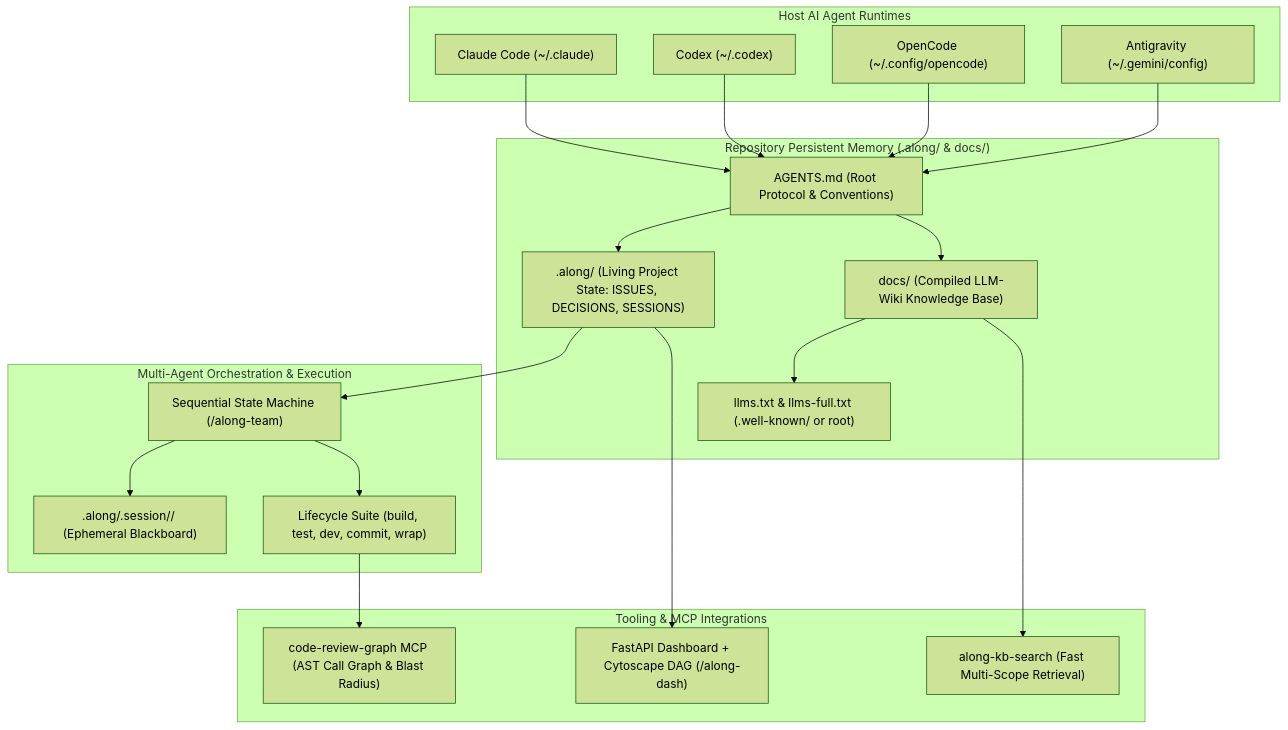
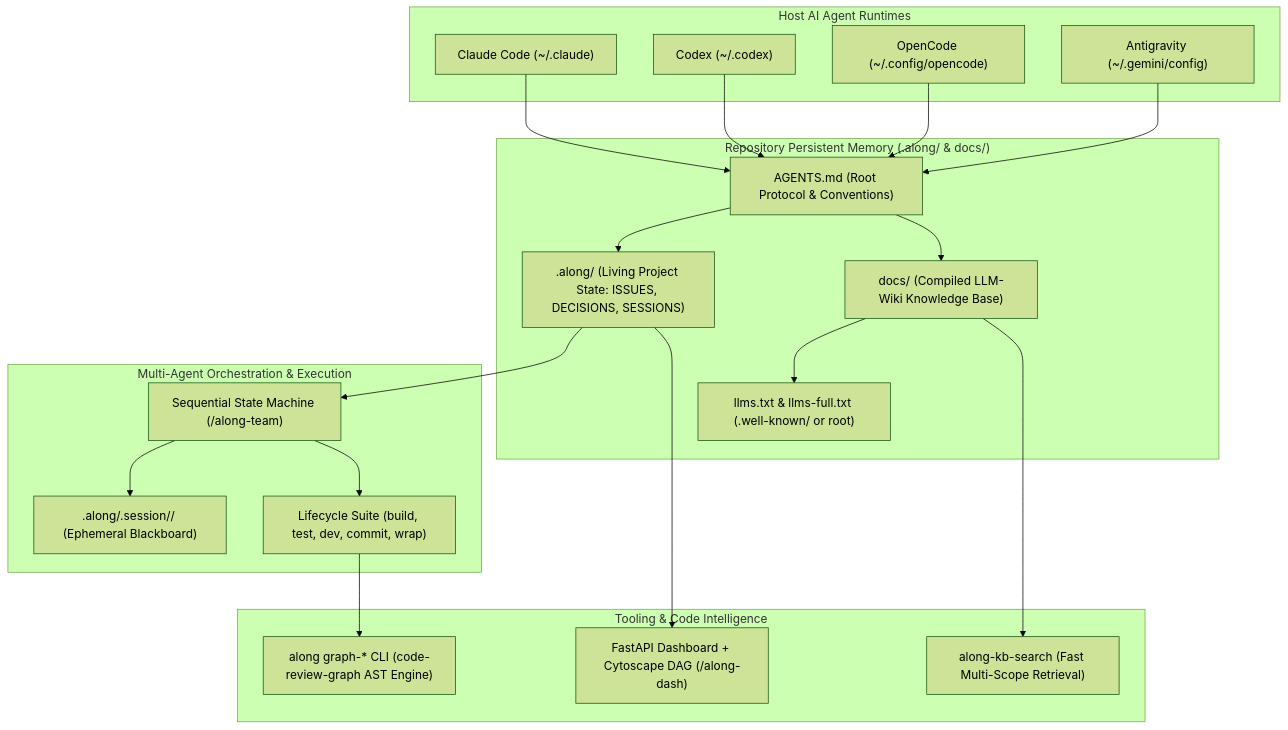
Before and after one commit to actdim/along: the first of 6 diagrams in docs/topic--architecture.md, drawn with Mermaid (forest theme). The commit also changed other lines of this file and 70 other files, not shown here.

````diff
--- a/docs/topic--architecture.md
+++ b/docs/topic--architecture.md
@@ -28,43 +28,43 @@
 ```mermaid
 flowchart TD
     subgraph HostAgents["Host AI Agent Runtimes"]
         CC["Claude Code (~/.claude)"]
         CX["Codex (~/.codex)"]
         OC["OpenCode (~/.config/opencode)"]
         AG["Antigravity (~/.gemini/config)"]
     end
 
     subgraph MemoryLayer["Repository Persistent Memory (.along/ & docs/)"]
         AGENTS["AGENTS.md (Root Protocol & Conventions)"]
         ALONG_DIR[".along/ (Living Project State: ISSUES, DECISIONS, SESSIONS)"]
         DOCS["docs/ (Compiled LLM-Wiki Knowledge Base)"]
         EXPORTS["llms.txt & llms-full.txt (.well-known/ or root)"]
     end
 
     subgraph MultiAgentEngine["Multi-Agent Orchestration & Execution"]
         TEAM["Sequential State Machine (/along-team)"]
         BLACKBOARD[".along/.session/<slug>/ (Ephemeral Blackboard)"]
         LIFECYCLE["Lifecycle Suite (build, test, dev, commit, wrap)"]
     end
 
-    subgraph ToolingAndMCP["Tooling & MCP Integrations"]
-        CRG["code-review-graph MCP (AST Call Graph & Blast Radius)"]
+    subgraph ToolingAndAST["Tooling & Code Intelligence"]
+        CRG["along graph-* CLI (code-review-graph AST Engine)"]
         WIKI_SEARCH["along-kb-search (Fast Multi-Scope Retrieval)"]
         DASH["FastAPI Dashboard + Cytoscape DAG (/along-dash)"]
     end
 
     CC --> AGENTS
     CX --> AGENTS
     OC --> AGENTS
     AG --> AGENTS
 
     AGENTS --> ALONG_DIR
     AGENTS --> DOCS
     DOCS --> EXPORTS
     ALONG_DIR --> TEAM
     TEAM --> BLACKBOARD
     TEAM --> LIFECYCLE
     LIFECYCLE --> CRG
     DOCS --> WIKI_SEARCH
     ALONG_DIR --> DASH
 ```
````
